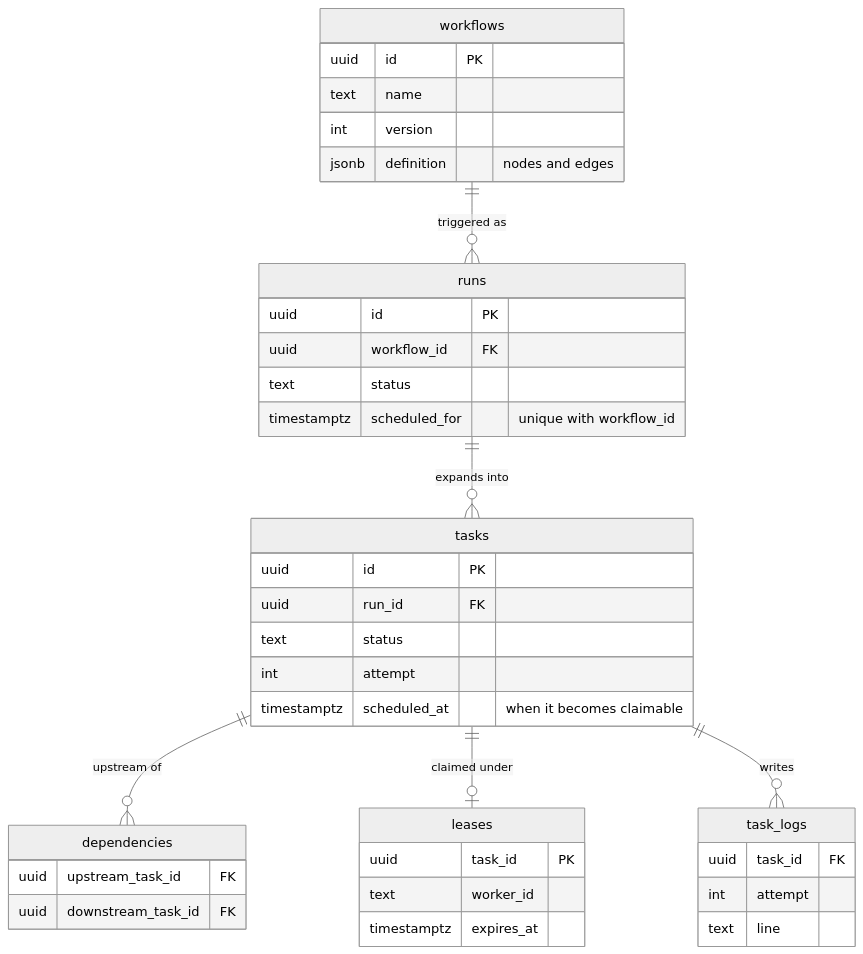
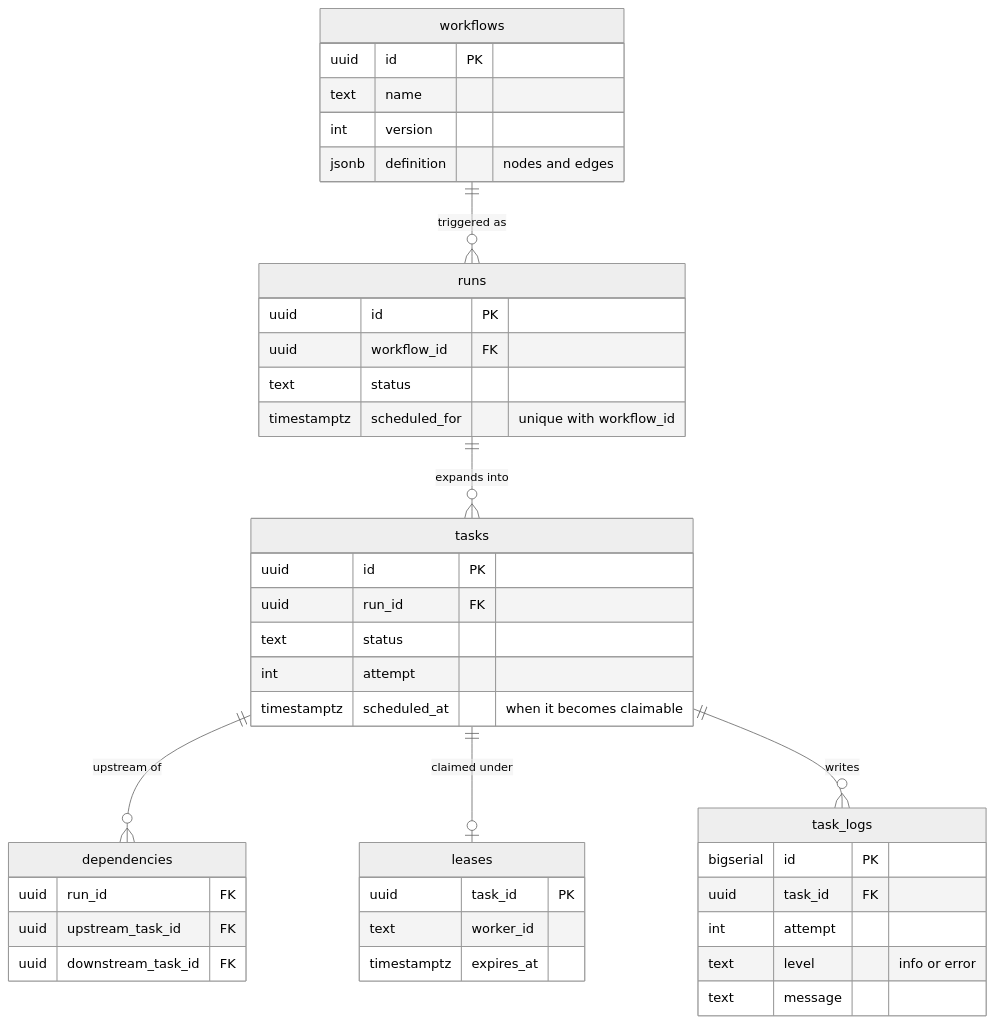
One commit to OGSarah/Weaver changed the sixth of 6 diagrams in README.md. Above: the diagram before and after it, drawn with Mermaid (neutral theme). The commit also changed other lines of this file, not shown here.

````diff
--- a/README.md
+++ b/README.md
@@ -441,42 +441,45 @@
 ```mermaid
 erDiagram
     workflows ||--o{ runs : "triggered as"
     runs      ||--o{ tasks : "expands into"
     tasks     ||--o{ dependencies : "upstream of"
     tasks     ||--o| leases : "claimed under"
     tasks     ||--o{ task_logs : "writes"
 
     workflows {
         uuid id PK
         text name
         int version
         jsonb definition "nodes and edges"
     }
     runs {
         uuid id PK
         uuid workflow_id FK
         text status
         timestamptz scheduled_for "unique with workflow_id"
     }
     tasks {
         uuid id PK
         uuid run_id FK
         text status
         int attempt
         timestamptz scheduled_at "when it becomes claimable"
     }
     dependencies {
+        uuid run_id FK
         uuid upstream_task_id FK
         uuid downstream_task_id FK
     }
     leases {
         uuid task_id PK
         text worker_id
         timestamptz expires_at
     }
     task_logs {
+        bigserial id PK
         uuid task_id FK
         int attempt
-        text line
+        text level "info or error"
+        text message
     }
 ```
````
